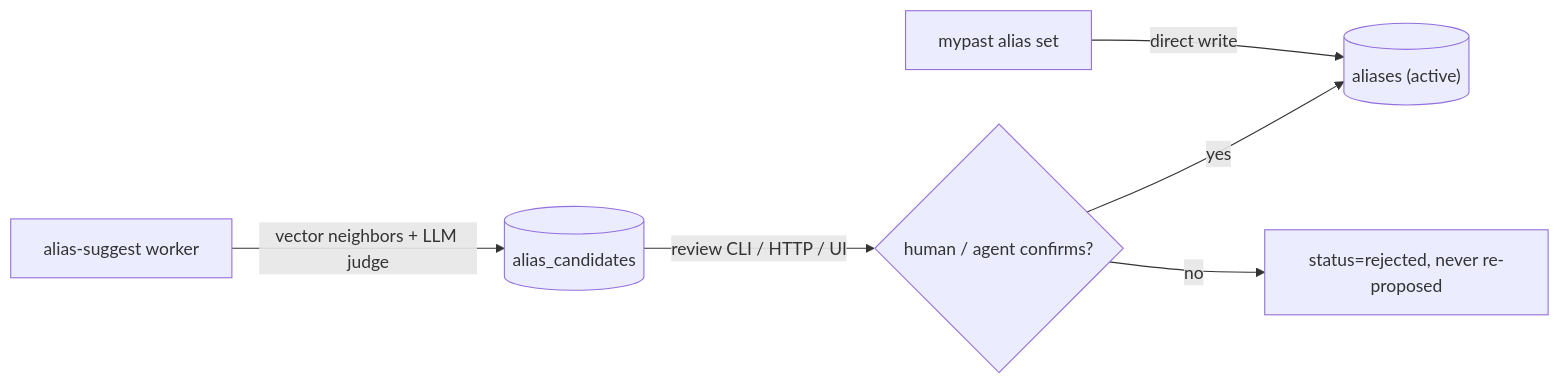
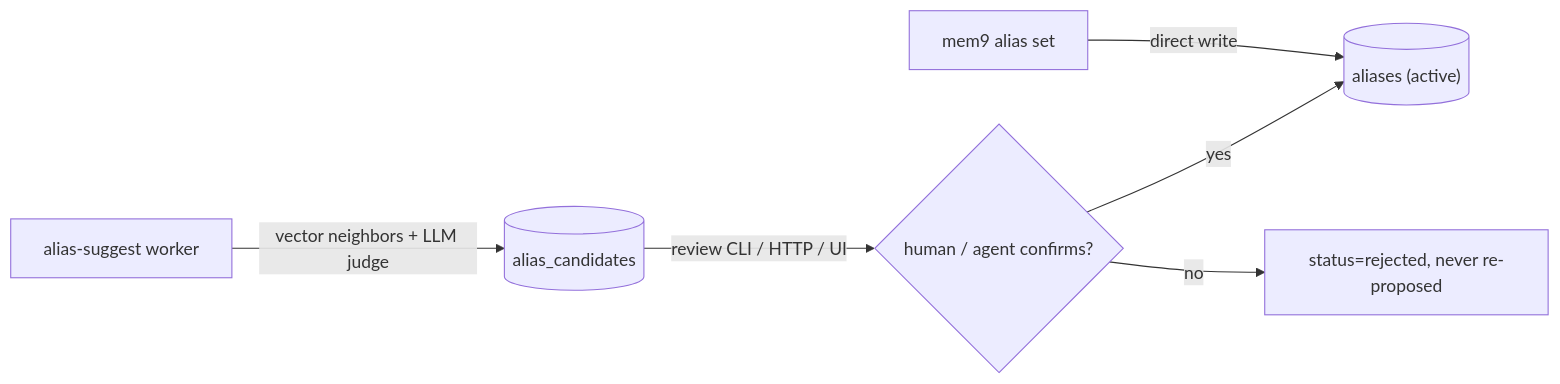
The second of 2 diagrams in docs/aliases.md (colinleefish/rmb), drawn with Mermaid before and after one commit. The commit also changed other lines of this file and 207 other files, not shown here.

First line of the commit message:
Rebrand mypast -> mem9

````diff
--- a/docs/aliases.md
+++ b/docs/aliases.md
@@ -177,8 +177,8 @@
 ```mermaid
 flowchart LR
     Worker["alias-suggest worker"] -->|"vector neighbors + LLM judge"| Cand[("alias_candidates")]
     Cand -->|"review CLI / HTTP / UI"| Human{"human / agent confirms?"}
     Human -->|yes| Aliases[("aliases (active)")]
     Human -->|no| Rejected["status=rejected, never re-proposed"]
-    Direct["mypast alias set"] -->|direct write| Aliases
+    Direct["mem9 alias set"] -->|direct write| Aliases
 ```
````
